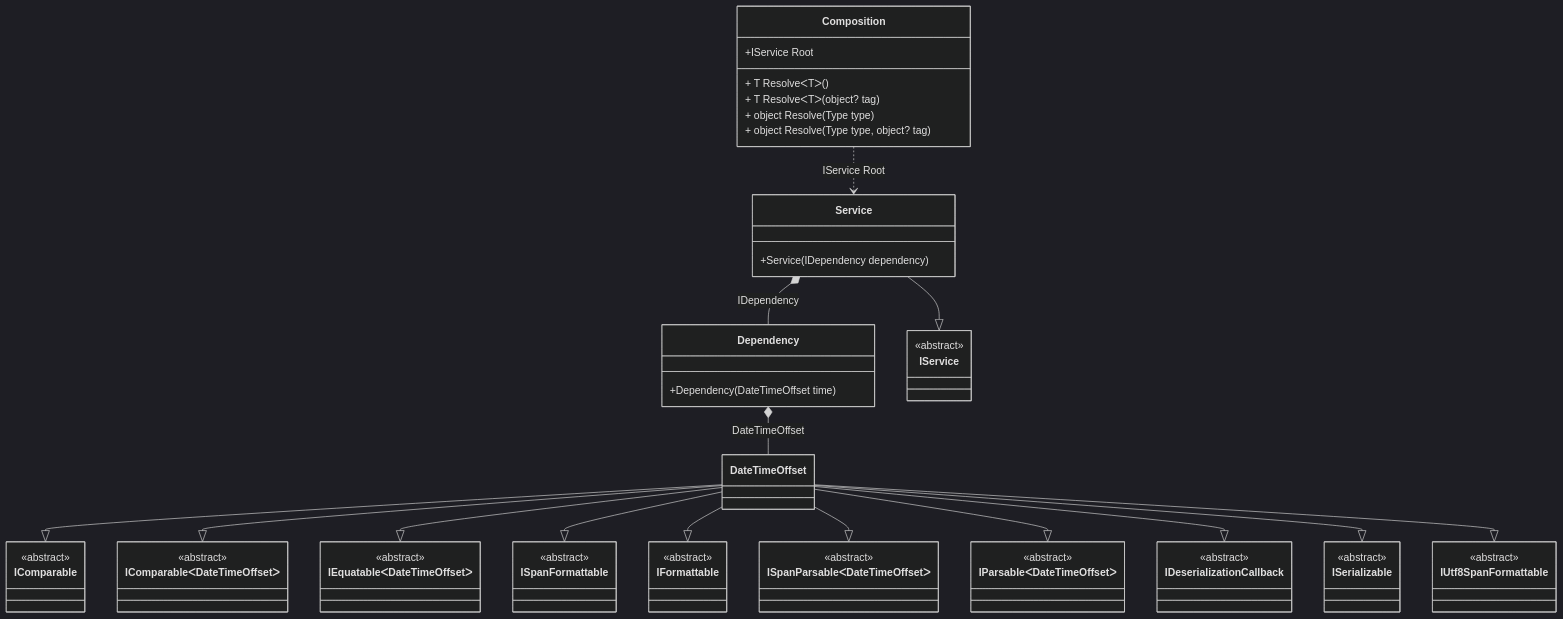
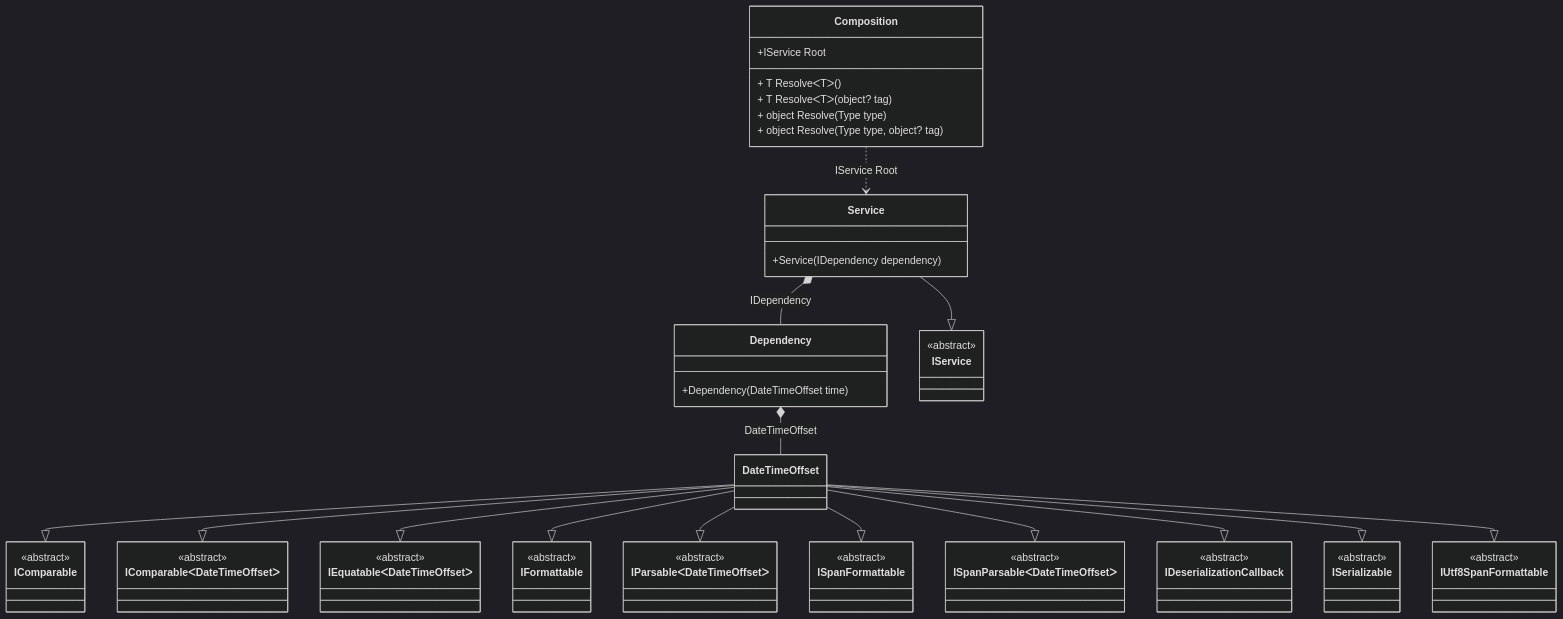
The diagram in readme/factory.md (DevTeam/Pure.DI), drawn with Mermaid (dark theme) before and after one commit. The commit also changed other lines of this file and 103 other files, not shown here.

````diff
--- a/readme/factory.md
+++ b/readme/factory.md
@@ -55,64 +55,64 @@
 ```mermaid
 classDiagram
   class Composition {
     +IService Root
     + T ResolveᐸTᐳ()
     + T ResolveᐸTᐳ(object? tag)
     + object Resolve(Type type)
     + object Resolve(Type type, object? tag)
   }
   class Dependency {
     +Dependency(DateTimeOffset time)
   }
   DateTimeOffset --|> IComparable : 
   DateTimeOffset --|> IComparableᐸDateTimeOffsetᐳ : 
   DateTimeOffset --|> IEquatableᐸDateTimeOffsetᐳ : 
+  DateTimeOffset --|> IFormattable : 
+  DateTimeOffset --|> IParsableᐸDateTimeOffsetᐳ : 
   DateTimeOffset --|> ISpanFormattable : 
-  DateTimeOffset --|> IFormattable : 
   DateTimeOffset --|> ISpanParsableᐸDateTimeOffsetᐳ : 
-  DateTimeOffset --|> IParsableᐸDateTimeOffsetᐳ : 
   DateTimeOffset --|> IDeserializationCallback : 
   DateTimeOffset --|> ISerializable : 
   DateTimeOffset --|> IUtf8SpanFormattable : 
   class DateTimeOffset
   Service --|> IService : 
   class Service {
     +Service(IDependency dependency)
   }
   class IComparable {
     <<abstract>>
   }
   class IComparableᐸDateTimeOffsetᐳ {
     <<abstract>>
   }
   class IEquatableᐸDateTimeOffsetᐳ {
     <<abstract>>
   }
+  class IFormattable {
+    <<abstract>>
+  }
+  class IParsableᐸDateTimeOffsetᐳ {
+    <<abstract>>
+  }
   class ISpanFormattable {
     <<abstract>>
   }
-  class IFormattable {
-    <<abstract>>
-  }
   class ISpanParsableᐸDateTimeOffsetᐳ {
-    <<abstract>>
-  }
-  class IParsableᐸDateTimeOffsetᐳ {
     <<abstract>>
   }
   class IDeserializationCallback {
     <<abstract>>
   }
   class ISerializable {
     <<abstract>>
   }
   class IUtf8SpanFormattable {
     <<abstract>>
   }
   class IService {
     <<abstract>>
   }
   Dependency *--  DateTimeOffset : DateTimeOffset
   Service *--  Dependency : IDependency
   Composition ..> Service : IService Root
 ```
````
